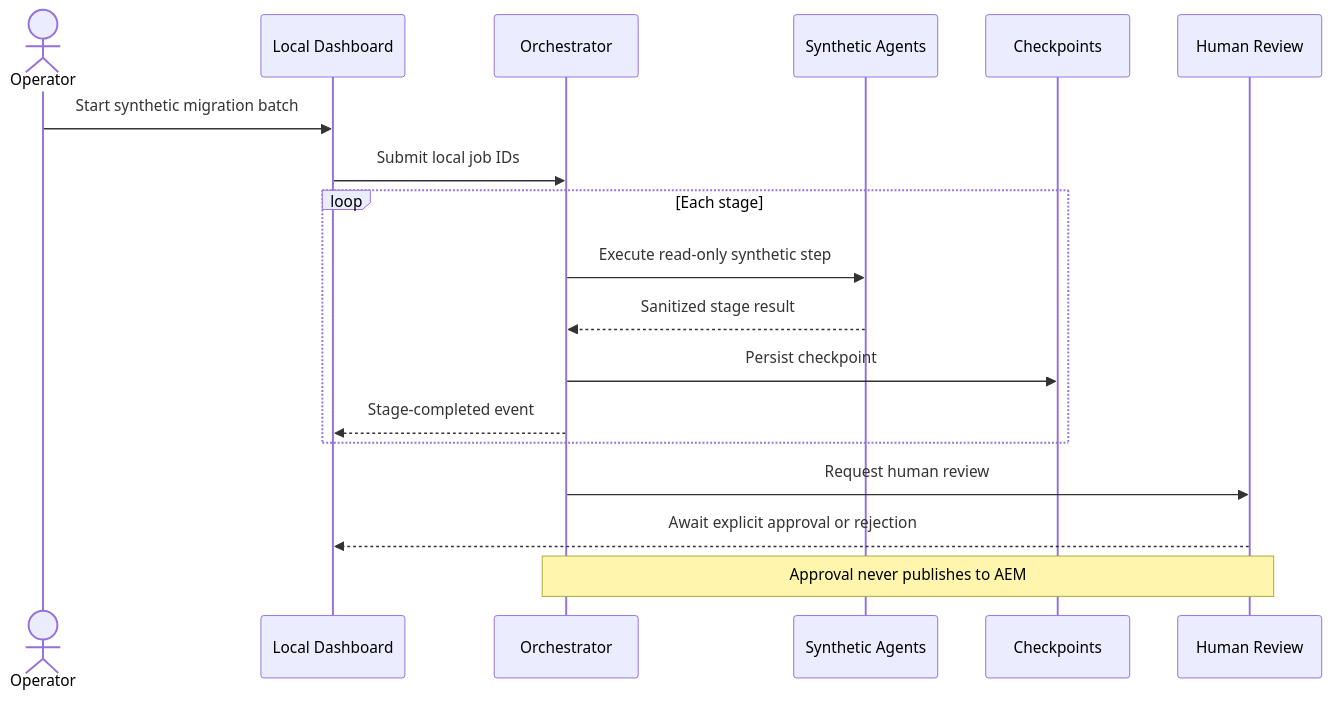
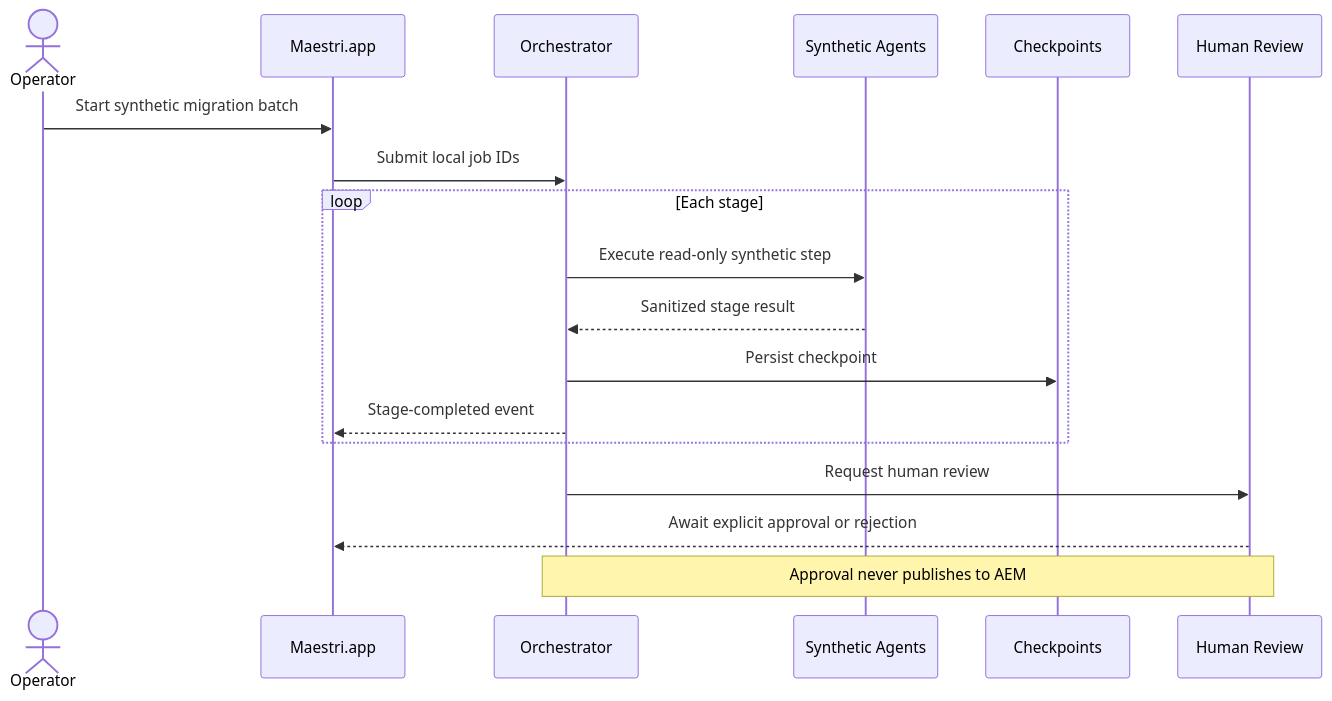
One commit to Davavincoaraujo/migration-maestro changed the second of 3 diagrams in docs/local-agent-architecture-uml.md. Above: the diagram before and after it, drawn with Mermaid. The commit also changed other lines of this file and 255 other files, not shown here.

````diff
--- a/docs/local-agent-architecture-uml.md
+++ b/docs/local-agent-architecture-uml.md
@@ -24,20 +23,20 @@
 ```mermaid
 sequenceDiagram
   actor Operator
-  participant UI as Local Dashboard
+  participant UI as Maestri.app
   participant Maestro as Orchestrator
   participant Agents as Synthetic Agents
   participant Store as Checkpoints
   participant Gate as Human Review
   Operator->>UI: Start synthetic migration batch
   UI->>Maestro: Submit local job IDs
   loop Each stage
     Maestro->>Agents: Execute read-only synthetic step
     Agents-->>Maestro: Sanitized stage result
     Maestro->>Store: Persist checkpoint
     Maestro-->>UI: Stage-completed event
   end
   Maestro->>Gate: Request human review
   Gate-->>UI: Await explicit approval or rejection
   Note over Maestro,Gate: Approval never publishes to AEM
 ```
````
